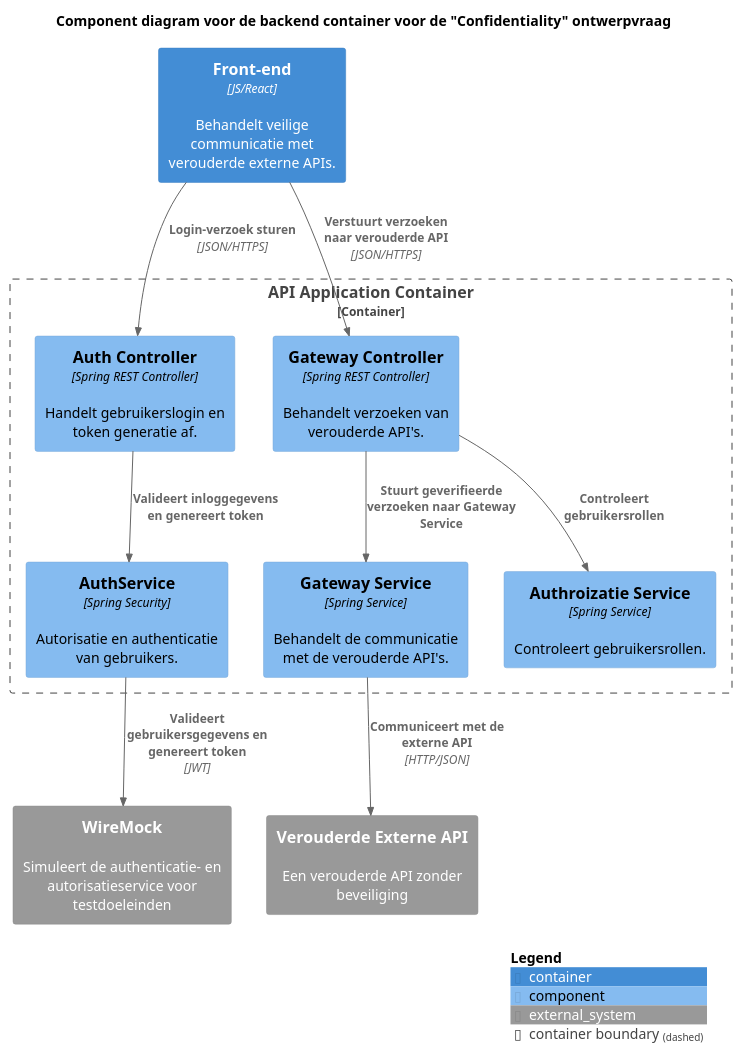
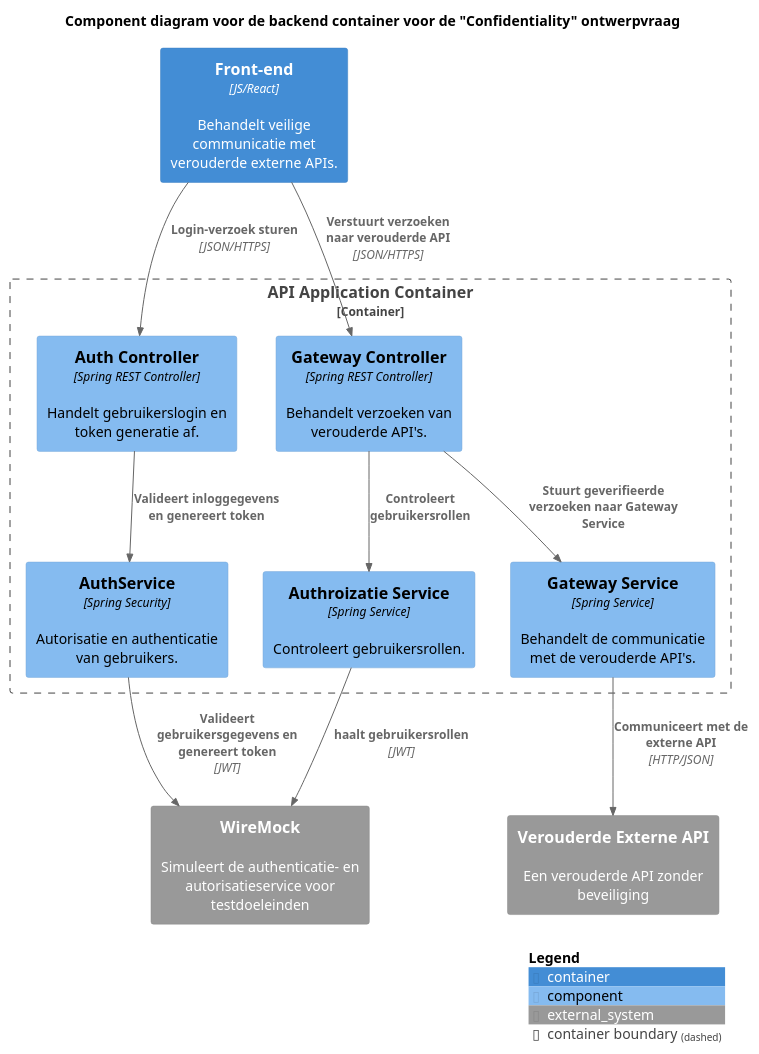
One commit to AIM-ENE-feb25/triptop-groep-b5 changed the diagram in week-2/les 3/pressure_cooker/component-diagram/ComponentDiagram.puml. Above: the diagram before and after it, drawn with PlantUML.

Commit message:
Nu communiceert authorization met wiremock.

```diff
--- a/week-2/les 3/pressure_cooker/component-diagram/ComponentDiagram.puml
+++ b/week-2/les 3/pressure_cooker/component-diagram/ComponentDiagram.puml
@@ -1,29 +1,30 @@
 @startuml
 !include https://raw.githubusercontent.com/plantuml-stdlib/C4-PlantUML/master/C4_Component.puml
 
 title Component diagram voor de backend container voor de "Confidentiality" ontwerpvraag
 
 Container(webapp, "Front-end", "JS/React", "Behandelt veilige communicatie met verouderde externe APIs.")
 
 Container_Boundary(apiComponents, "API Application Container") {
     Component(authController, "Auth Controller", "Spring REST Controller", "Handelt gebruikerslogin en token generatie af.")
     Component(authService, "AuthService", "Spring Security", "Autorisatie en authenticatie van gebruikers.")
     Component(controller, "Gateway Controller", "Spring REST Controller", "Behandelt verzoeken van verouderde API's.")
     Component(authroizatieService, "Authroizatie Service", "Spring Service", "Controleert gebruikersrollen.")
     Component(service, "Gateway Service", "Spring Service", "Behandelt de communicatie met de verouderde API's.")
 }
 
 System_Ext(wiremock, "WireMock", "Simuleert de authenticatie- en autorisatieservice voor testdoeleinden")
 System_Ext(externalApi, "Verouderde Externe API", "Een verouderde API zonder beveiliging")
 
 Rel(webapp, authController, "Login-verzoek sturen", "JSON/HTTPS")
 Rel(authController, authService, "Valideert inloggegevens en genereert token")
 Rel(authService, wiremock, "Valideert gebruikersgegevens en genereert token", "JWT")
 Rel(webapp, controller, "Verstuurt verzoeken naar verouderde API", "JSON/HTTPS")
 Rel(controller, authroizatieService, "Controleert gebruikersrollen")
 Rel(controller, service, "Stuurt geverifieerde verzoeken naar Gateway Service")
 Rel(service, externalApi, "Communiceert met de externe API", "HTTP/JSON")
+Rel(authroizatieService, wiremock, "haalt gebruikersrollen", "JWT")
 
 SHOW_LEGEND()
 
 @enduml
```
